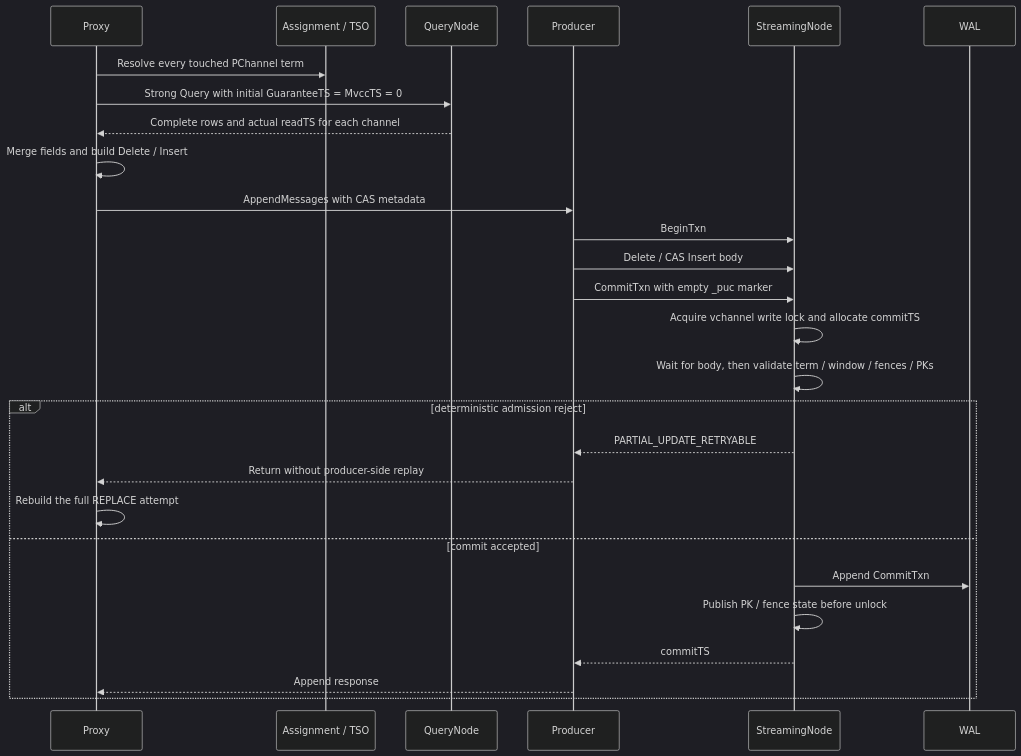
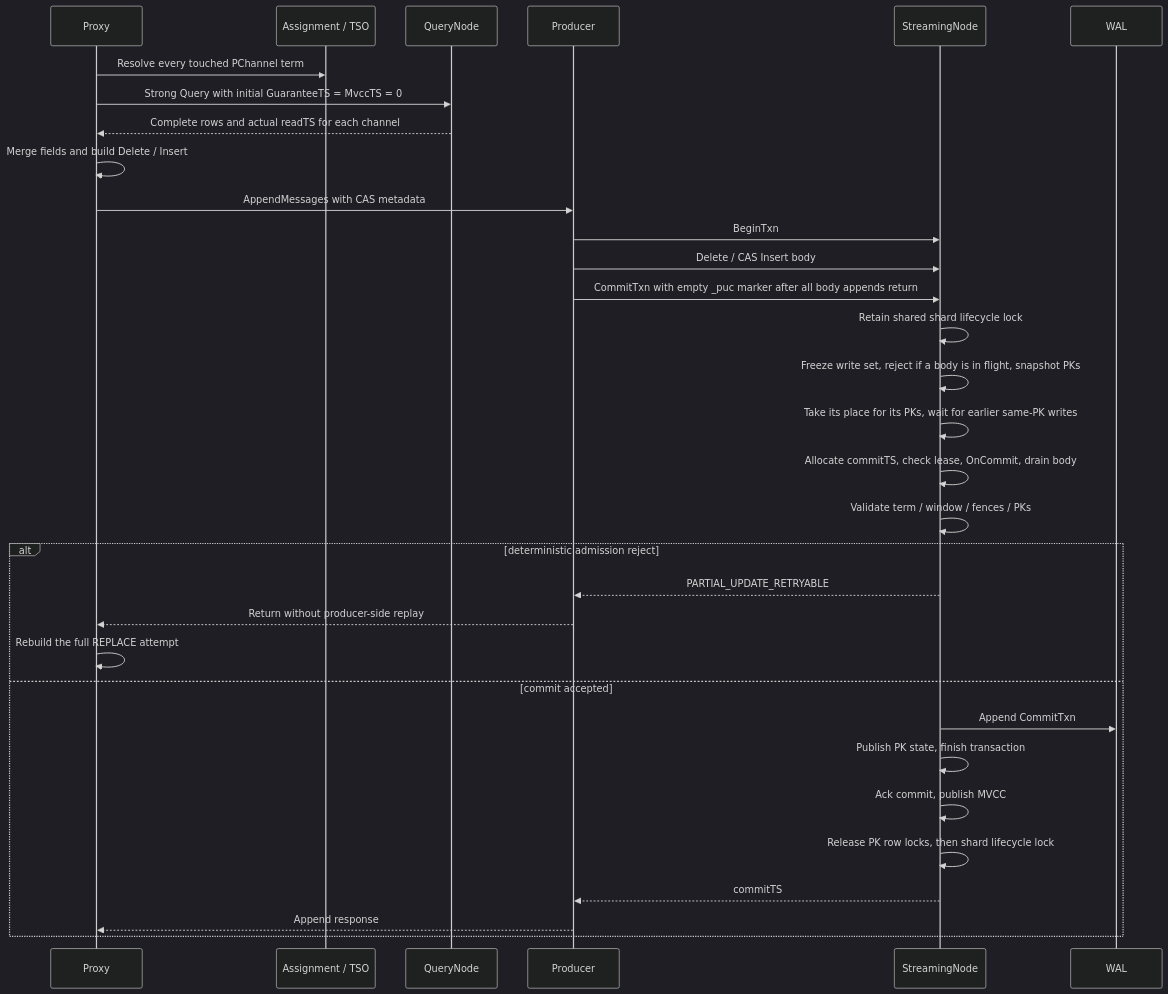
One commit to milvus-io/milvus changed the second of 2 diagrams in docs/design-docs/design_docs/20260601-partial-update-optimistic-lock-design.md. Above: the diagram before and after it, drawn with Mermaid (dark theme). The commit also changed other lines of this file and 27 other files, not shown here.

First line of the commit message:
fix: use PK row locks for partial-update CAS

````diff
--- a/docs/design-docs/design_docs/20260601-partial-update-optimistic-lock-design.md
+++ b/docs/design-docs/design_docs/20260601-partial-update-optimistic-lock-design.md
@@ -225,30 +269,35 @@
 ```mermaid
 sequenceDiagram
     participant P as Proxy
     participant A as Assignment / TSO
     participant Q as QueryNode
     participant R as Producer
     participant S as StreamingNode
     participant W as WAL
 
     P->>A: Resolve every touched PChannel term
     P->>Q: Strong Query with initial GuaranteeTS = MvccTS = 0
     Q-->>P: Complete rows and actual readTS for each channel
     P->>P: Merge fields and build Delete / Insert
     P->>R: AppendMessages with CAS metadata
     R->>S: BeginTxn
     R->>S: Delete / CAS Insert body
-    R->>S: CommitTxn with empty _puc marker
-    S->>S: Acquire vchannel write lock and allocate commitTS
-    S->>S: Wait for body, then validate term / window / fences / PKs
+    R->>S: CommitTxn with empty _puc marker after all body appends return
+    S->>S: Retain shared shard lifecycle lock
+    S->>S: Freeze write set, reject if a body is in flight, snapshot PKs
+    S->>S: Take its place for its PKs, wait for earlier same-PK writes
+    S->>S: Allocate commitTS, check lease, OnCommit, drain body
+    S->>S: Validate term / window / fences / PKs
     alt deterministic admission reject
         S-->>R: PARTIAL_UPDATE_RETRYABLE
         R-->>P: Return without producer-side replay
         P->>P: Rebuild the full REPLACE attempt
     else commit accepted
         S->>W: Append CommitTxn
-        S->>S: Publish PK / fence state before unlock
+        S->>S: Publish PK state, finish transaction
+        S->>S: Ack commit, publish MVCC
+        S->>S: Release PK row locks, then shard lifecycle lock
         S-->>R: commitTS
         R-->>P: Append response
     end
 ```
````
